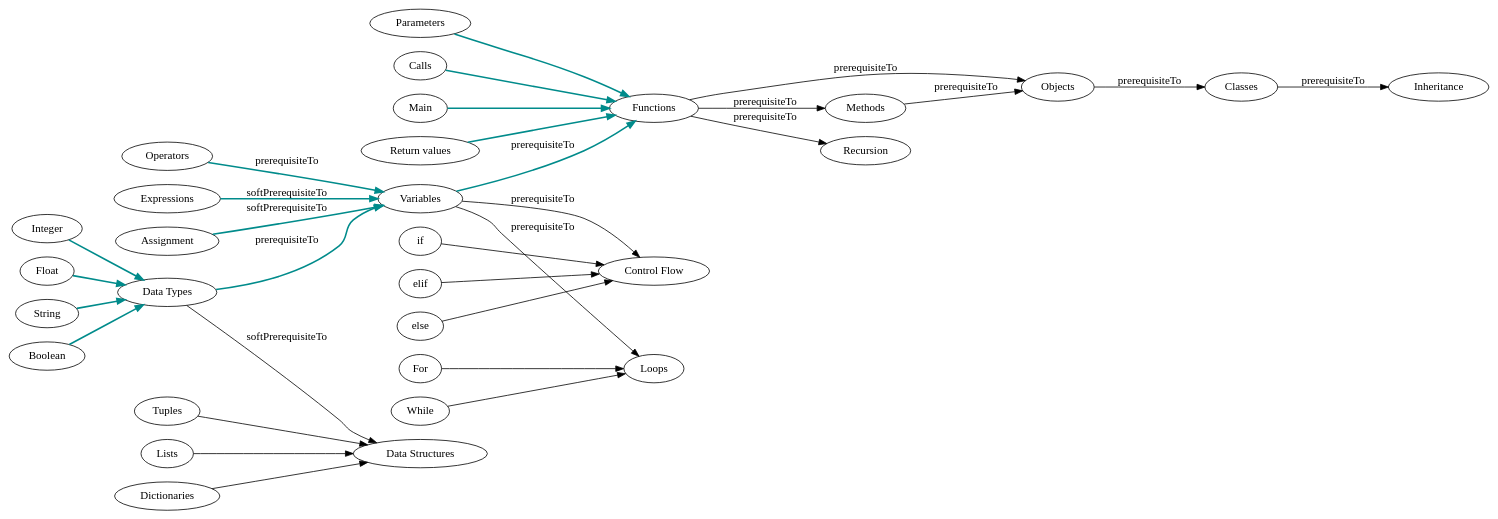
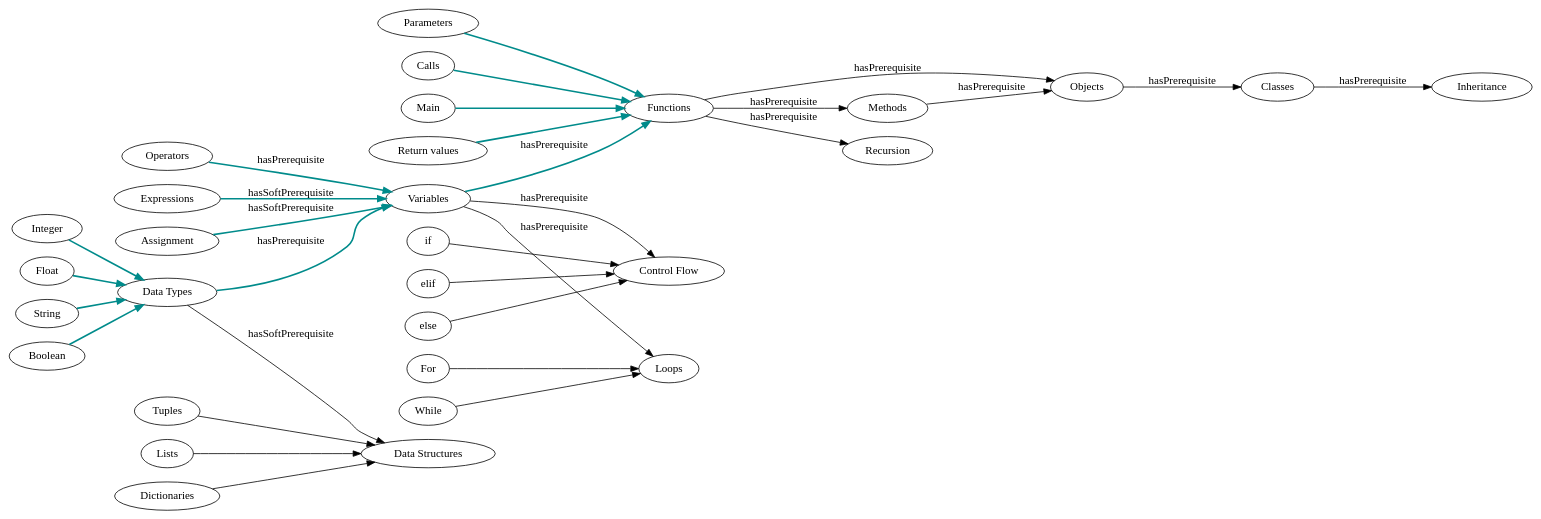
Before and after one commit to ezrichards/concept-graph: the diagram in graphviz/Sequence2.dot, drawn with Graphviz. The commit also changed 12 other files, not shown here.

```diff
--- a/graphviz/Sequence2.dot
+++ b/graphviz/Sequence2.dot
@@ -1,53 +1,53 @@
 digraph {
    rankdir=LR;
 
    # data types
    "Integer" -> "Data Types" [color=cyan4,penwidth=2.0];
    "Float" -> "Data Types" [color=cyan4,penwidth=2.0];
    "String" -> "Data Types" [color=cyan4,penwidth=2.0];
    "Boolean" -> "Data Types" [color=cyan4,penwidth=2.0];
 
    # nodes into variables
-   "Data Types" -> "Variables" [ label="prerequisiteTo",color=cyan4,penwidth=2.0 ];
-   "Operators" -> "Variables" [ label="prerequisiteTo",color=cyan4,penwidth=2.0 ];
-   "Expressions" -> "Variables" [ label="softPrerequisiteTo",color=cyan4,penwidth=2.0 ];
-   "Assignment" -> "Variables" [ label="softPrerequisiteTo",color=cyan4,penwidth=2.0 ];
+   "Data Types" -> "Variables" [ label="hasPrerequisite",color=cyan4,penwidth=2.0 ];
+   "Operators" -> "Variables" [ label="hasPrerequisite",color=cyan4,penwidth=2.0 ];
+   "Expressions" -> "Variables" [ label="hasSoftPrerequisite",color=cyan4,penwidth=2.0 ];
+   "Assignment" -> "Variables" [ label="hasSoftPrerequisite",color=cyan4,penwidth=2.0 ];
 
    # nodes away from variables
-   "Variables" -> "Functions" [ label="prerequisiteTo", color=cyan4,penwidth=2.0 ];
-   "Variables" -> "Control Flow" [ label="prerequisiteTo" ];
-   "Variables" -> "Loops" [ label="prerequisiteTo" ];
+   "Variables" -> "Functions" [ label="hasPrerequisite", color=cyan4,penwidth=2.0 ];
+   "Variables" -> "Control Flow" [ label="hasPrerequisite" ];
+   "Variables" -> "Loops" [ label="hasPrerequisite" ];
    
    # functions
-   "Functions" -> "Objects" [ label="prerequisiteTo" ];
-   "Functions" -> "Recursion" [ label="prerequisiteTo" ];
-   "Functions" -> "Methods" [ label="prerequisiteTo" ];
+   "Functions" -> "Objects" [ label="hasPrerequisite" ];
+   "Functions" -> "Recursion" [ label="hasPrerequisite" ];
+   "Functions" -> "Methods" [ label="hasPrerequisite" ];
    
-   "Methods" -> "Objects" [ label="prerequisiteTo" ];
+   "Methods" -> "Objects" [ label="hasPrerequisite" ];
 
    # functions children
    "Return values" -> "Functions" [color=cyan4,penwidth=2.0];
    "Parameters" -> "Functions" [color=cyan4,penwidth=2.0];
    "Calls" -> "Functions" [color=cyan4,penwidth=2.0];
    "Main" -> "Functions" [color=cyan4,penwidth=2.0];
 
    # loops children
    "While" -> "Loops"
    "For" -> "Loops"
 
    # control flow children
    "if" -> "Control Flow"
    "elif" -> "Control Flow"
    "else" -> "Control Flow"
 
    # objects & classes
-   "Objects" -> "Classes" [ label="prerequisiteTo" ];
-   "Classes" -> "Inheritance" [ label="prerequisiteTo" ];
+   "Objects" -> "Classes" [ label="hasPrerequisite" ];
+   "Classes" -> "Inheritance" [ label="hasPrerequisite" ];
    
    # data structures
    "Lists" -> "Data Structures"
    "Dictionaries" -> "Data Structures"
    "Tuples" -> "Data Structures"
 
-   "Data Types" -> "Data Structures" [ label="softPrerequisiteTo" ];
+   "Data Types" -> "Data Structures" [ label="hasSoftPrerequisite" ];
 }
```
